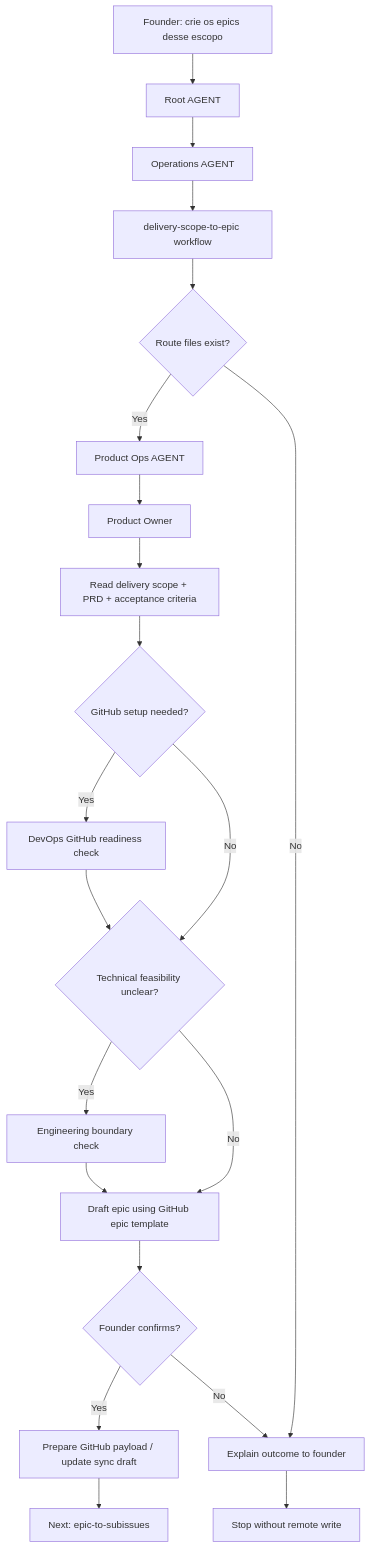
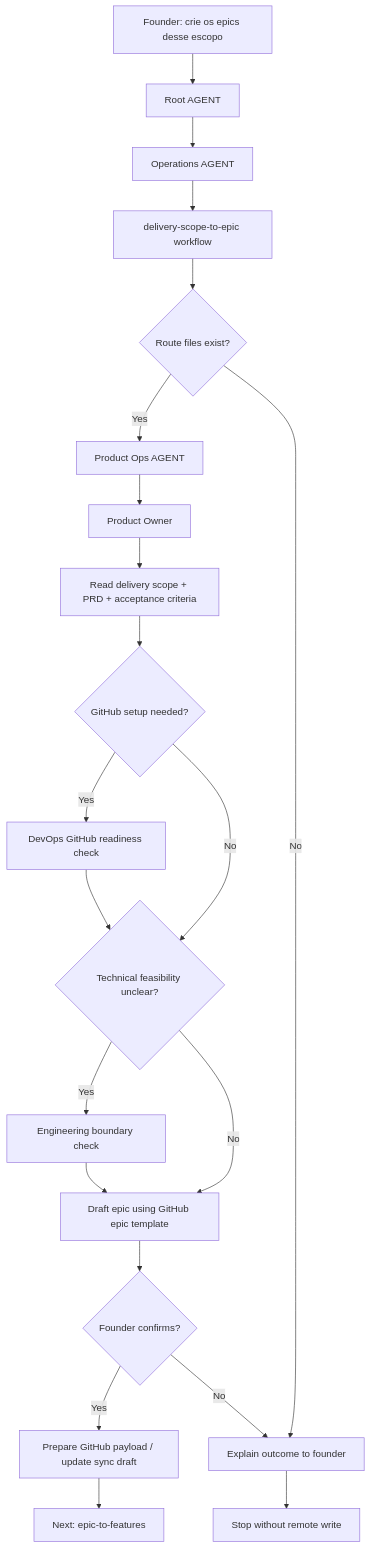
The diagram in docs/framework/founder-journeys/delivery-scope-to-epic.md (desousajhonny/leanOS), drawn with Mermaid before and after one commit. The commit also changed other lines of this file and 47 other files, not shown here.

````diff
--- a/docs/framework/founder-journeys/delivery-scope-to-epic.md
+++ b/docs/framework/founder-journeys/delivery-scope-to-epic.md
@@ -18,32 +18,32 @@
 ```mermaid
 flowchart TD
   A["Founder: crie os epics desse escopo"]
   B["Root AGENT"]
   C["Operations AGENT"]
   D["delivery-scope-to-epic workflow"]
   E{"Route files exist?"}
   F["Product Ops AGENT"]
   G["Product Owner"]
   H["Read delivery scope + PRD + acceptance criteria"]
   I{"GitHub setup needed?"}
   J["DevOps GitHub readiness check"]
   K{"Technical feasibility unclear?"}
   L["Engineering boundary check"]
   M["Draft epic using GitHub epic template"]
   N{"Founder confirms?"}
   O["Prepare GitHub payload / update sync draft"]
   P["Explain outcome to founder"]
   Q["Stop without remote write"]
-  R["Next: epic-to-subissues"]
+  R["Next: epic-to-features"]
 
   A --> B --> C --> D --> E
   E -->|Yes| F --> G --> H --> I
   E -->|No| P
   I -->|Yes| J --> K
   I -->|No| K
   K -->|Yes| L --> M
   K -->|No| M
   M --> N
   N -->|Yes| O --> R
   N -->|No| P --> Q
 ```
````
